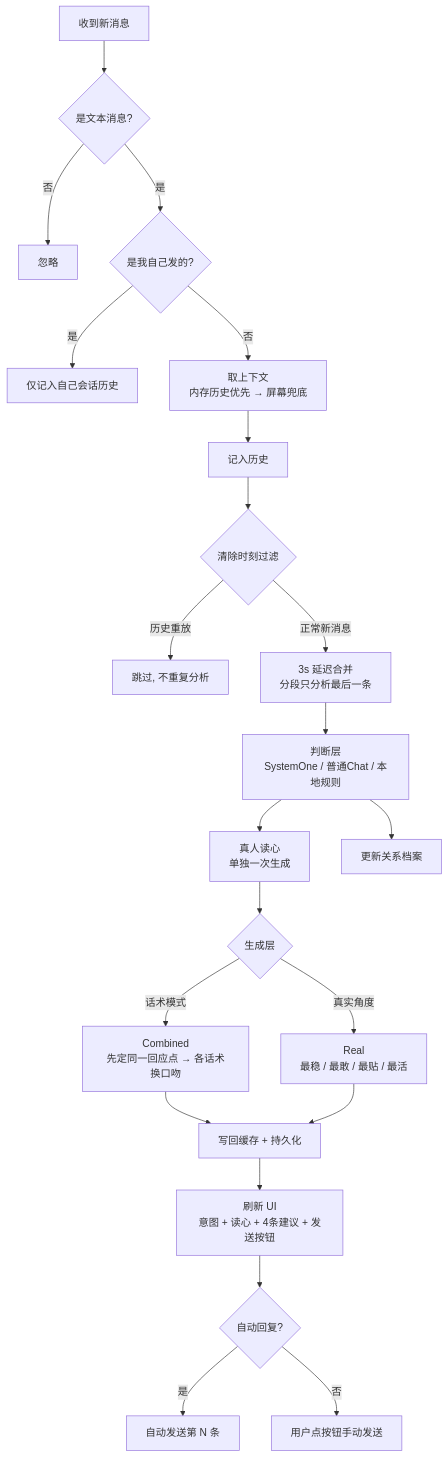
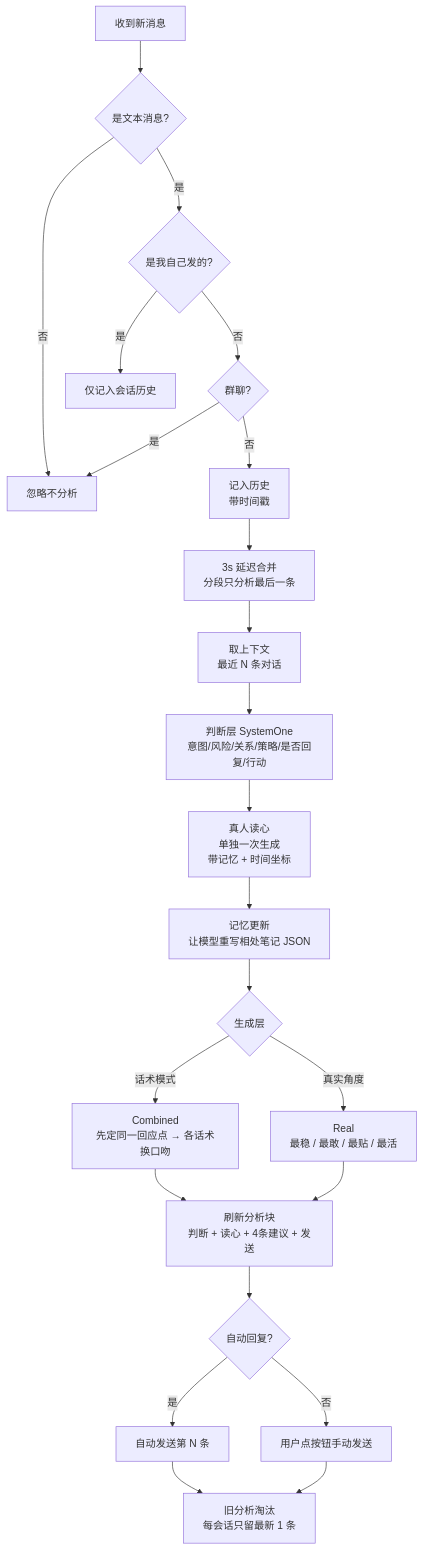
Before and after one commit to lsp199308/Jev-Chat-for-WeChat: the diagram in README.md, drawn with Mermaid. The commit also changed other lines of this file and 2 other files, not shown here.

````diff
--- a/README.md
+++ b/README.md
@@ -51,24 +55,25 @@
 ```mermaid
 flowchart TD
     A[收到新消息] --> B{是文本消息?}
     B -->|否| END[忽略]
     B -->|是| C{是我自己发的?}
-    C -->|是| H1[仅记入自己会话历史]
-    C -->|否| D[取上下文<br>内存历史优先 → 屏幕兜底]
-    D --> E[记入历史]
-    E --> F{清除时刻过滤}
-    F -->|历史重放| END2[跳过, 不重复分析]
-    F -->|正常新消息| G[3s 延迟合并<br>分段只分析最后一条]
-    G --> J[判断层<br>SystemOne / 普通Chat / 本地规则]
-    J --> R[真人读心<br>单独一次生成]
-    J --> REL[更新关系档案]
-    R --> GEN{生成层}
+    C -->|是| H1[仅记入会话历史]
+    C -->|否| D{群聊?}
+    D -->|是| END[忽略不分析]
+    D -->|否| E[记入历史<br>带时间戳]
+    E --> F[3s 延迟合并<br>分段只分析最后一条]
+    F --> G[取上下文<br>最近 N 条对话]
+    G --> J[判断层 SystemOne<br>意图/风险/关系/策略/是否回复/行动]
+    J --> R[真人读心<br>单独一次生成<br>带记忆 + 时间坐标]
+    R --> M[记忆更新<br>让模型重写相处笔记 JSON]
+    M --> GEN{生成层}
     GEN -->|话术模式| K[Combined<br>先定同一回应点 → 各话术换口吻]
     GEN -->|真实角度| L[Real<br>最稳 / 最敢 / 最贴 / 最活]
-    K --> M[写回缓存 + 持久化]
-    L --> M
-    M --> N[刷新 UI<br>意图 + 读心 + 4条建议 + 发送按钮]
-    N --> O{自动回复?}
+    K --> UI[刷新分析块<br>判断 + 读心 + 4条建议 + 发送]
+    L --> UI
+    UI --> O{自动回复?}
     O -->|是| P[自动发送第 N 条]
     O -->|否| Q[用户点按钮手动发送]
+    Q --> CLEAN[旧分析淘汰<br>每会话只留最新 1 条]
+    P --> CLEAN
 ```
````
